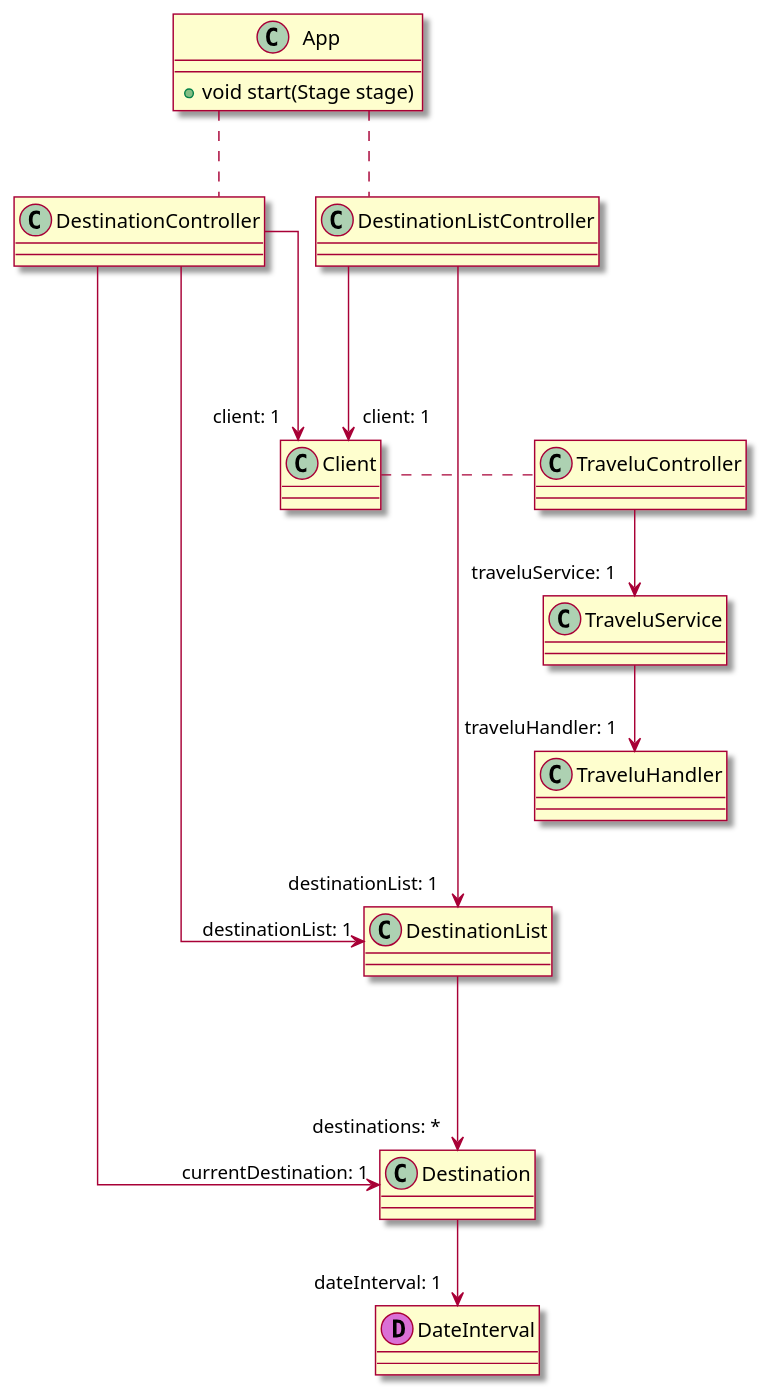
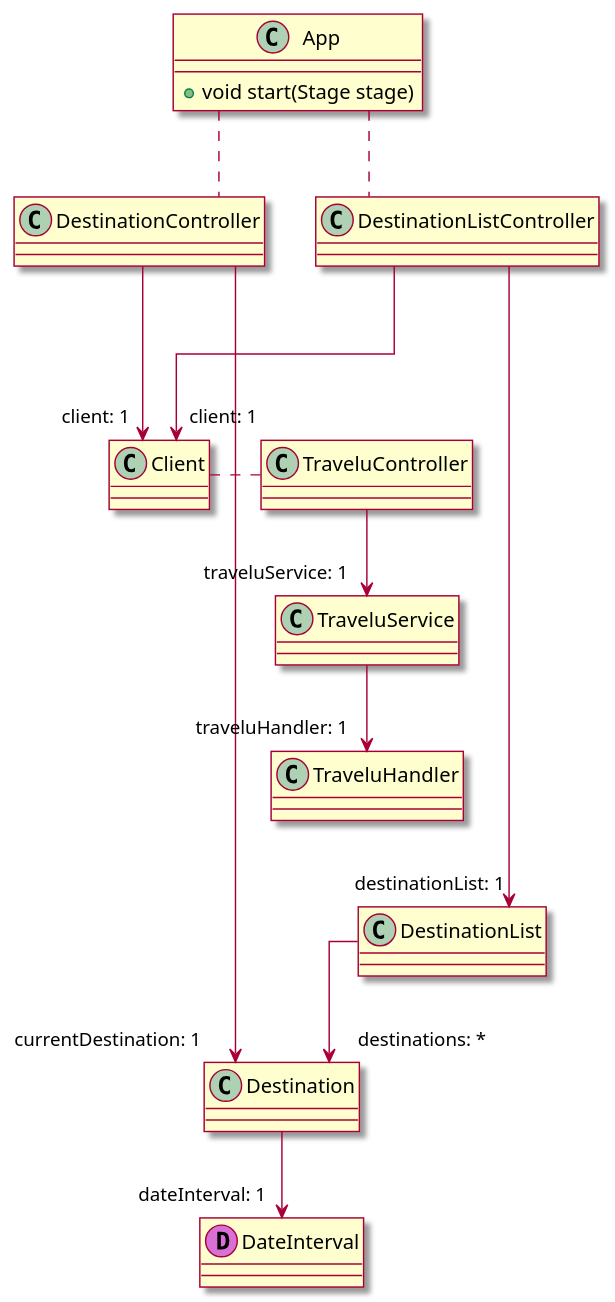
Before and after one commit to tbwiik/Travelu: the diagram in docs/classDiagramSummary.plantuml, drawn with PlantUML. The commit also changed 1 other file, not shown here.

```diff
--- a/docs/classDiagramSummary.plantuml
+++ b/docs/classDiagramSummary.plantuml
@@ -1,34 +1,31 @@
 @startuml cdSummary
 skin rose
 skinparam Linetype ortho
 
 class Destination
 class DestinationList
 class DateInterval << (D,orchid) >> {}
 class DestinationController
 class DestinationListController
 class App {
     +void start(Stage stage)
 }
 class TraveluHandler
 class Client
 class TraveluController
 class TraveluService
 
 App .. DestinationListController
 App .. DestinationController
 Destination --> "dateInterval: 1" DateInterval
-DestinationList ---> "destinations: *" Destination
+DestinationList --> "destinations: *" Destination
 DestinationController -> "currentDestination: 1" Destination
-DestinationController -> "destinationList: 1" DestinationList
 DestinationController ---> "client: 1" Client
 DestinationListController ---> "destinationList: 1" DestinationList
 DestinationListController ---> "client: 1" Client
-'TraveluHandler -[hidden]-> DestinationList
 TraveluService --> "traveluHandler: 1" TraveluHandler
 TraveluController --> "traveluService: 1" TraveluService
-'TraveluService ---> "destinationList: 1" DestinationList
 TraveluHandler -[hidden]-> DestinationList
 TraveluHandler -[hidden]-> Destination
 Client . TraveluController
 @enduml
```
